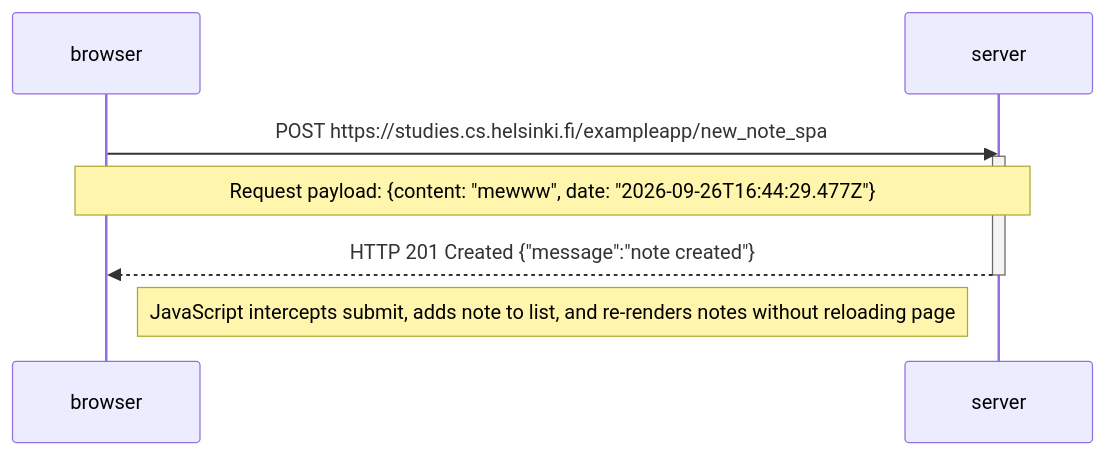
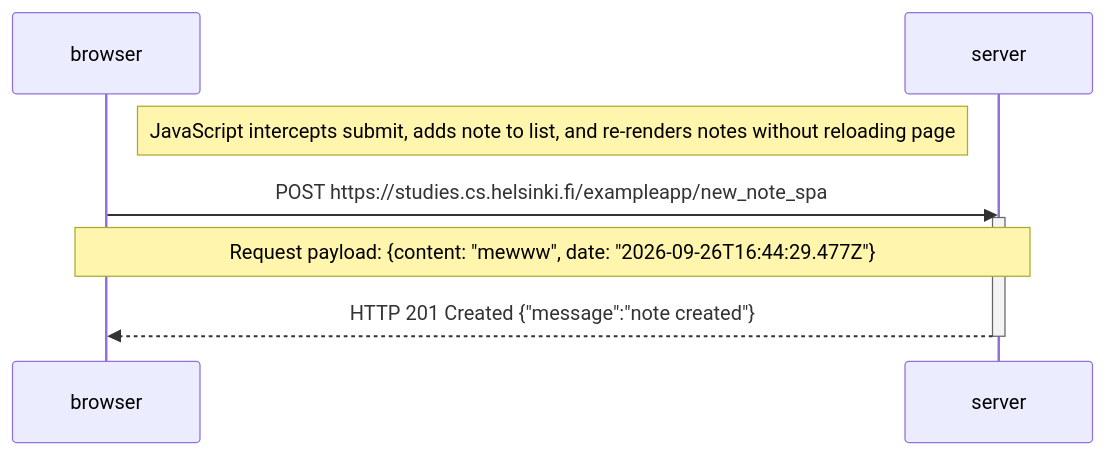
The diagram in part0/exercise-06.md (Glunomes/Fullstack-open), drawn with Mermaid before and after one commit.

Commit message:
move note before POST request

````diff
--- a/part0/exercise-06.md
+++ b/part0/exercise-06.md
@@ -1,14 +1,13 @@
 ```mermaid
 sequenceDiagram
     participant browser
     participant server
 
-
+    Note right of browser: JavaScript intercepts submit, adds note to list, and re-renders notes without reloading page
+    
     browser->>server: POST https://studies.cs.helsinki.fi/exampleapp/new_note_spa
     activate server
     Note over browser,server: Request payload: {content: "mewww", date: "2026-09-26T16:44:29.477Z"}
     server-->>browser: HTTP 201 Created {"message":"note created"}
     deactivate server
-
-    Note right of browser: JavaScript intercepts submit, adds note to list, and re-renders notes without reloading page
 ```
````
